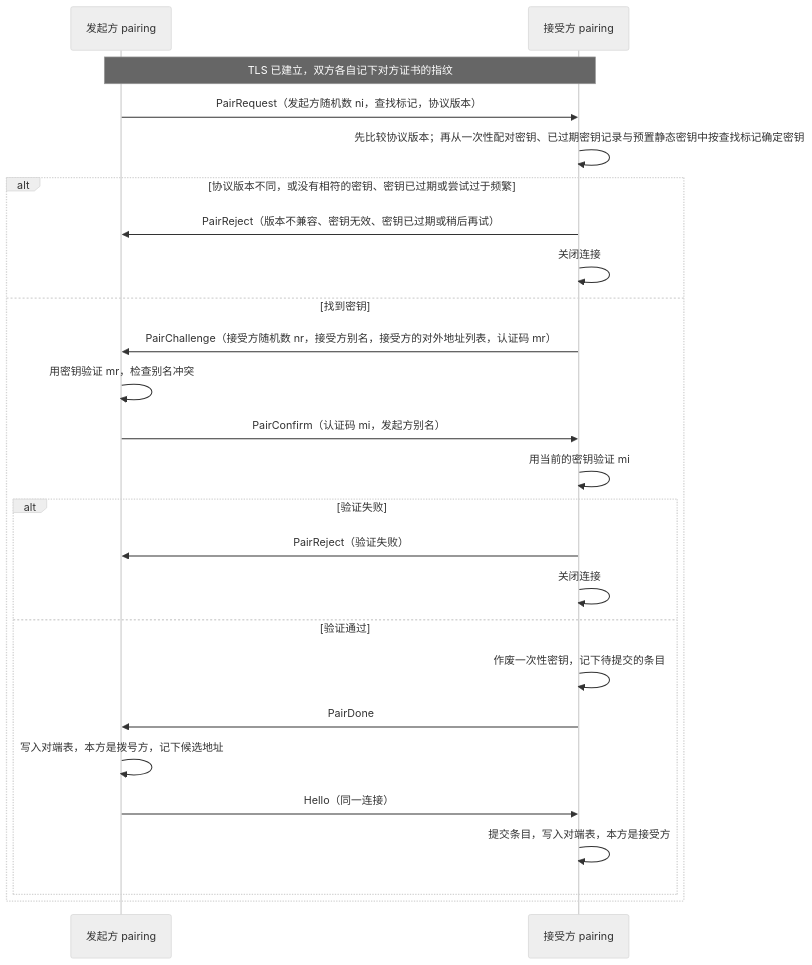
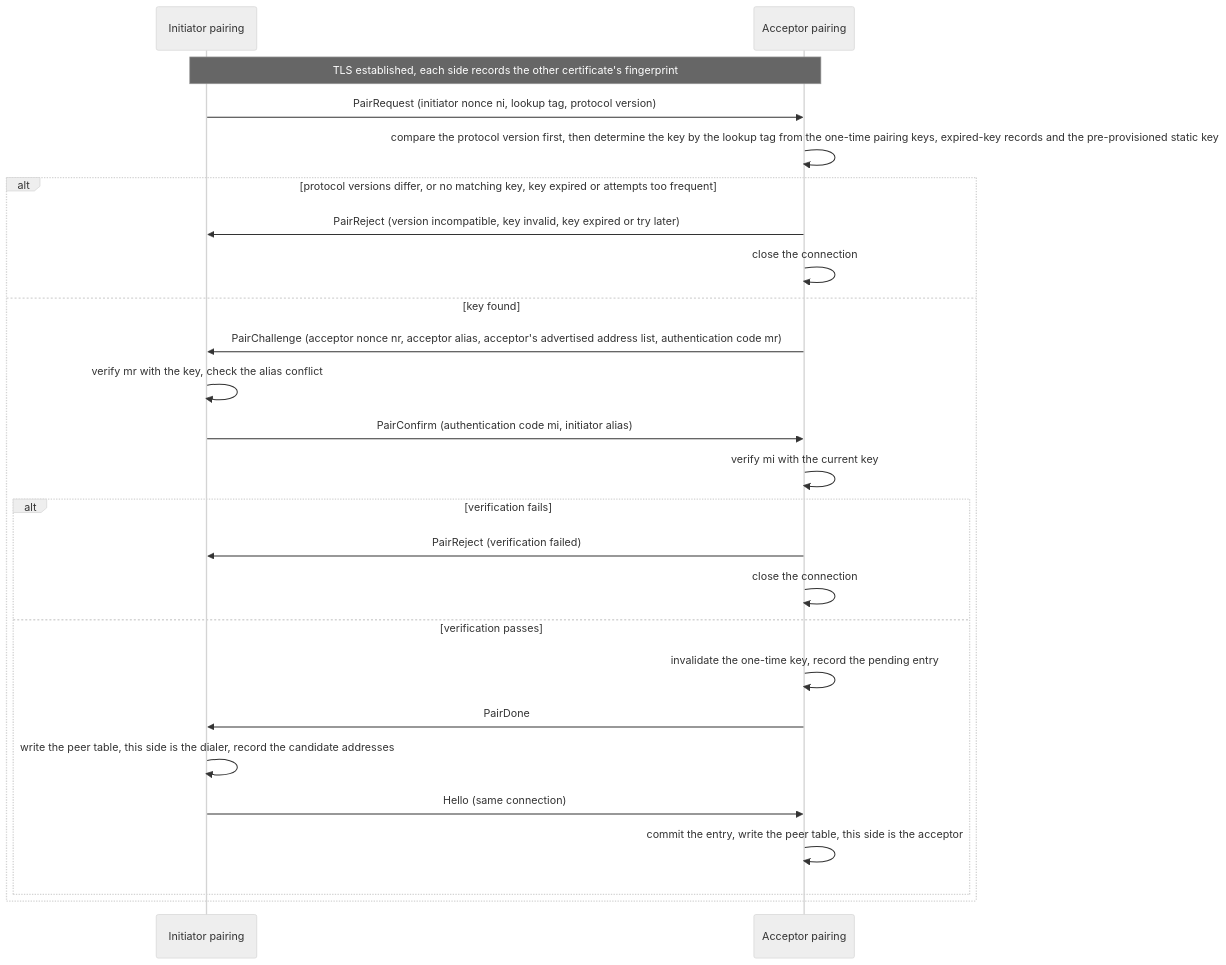
The diagram in docs/design/modules/design-pairing.md (wangzw/peers), drawn with Mermaid (neutral theme) before and after one commit. The commit also changed other lines of this file, not shown here.

Commit message:
docs(design): translate the pairing module design to English

````diff
--- a/docs/design/modules/design-pairing.md
+++ b/docs/design/modules/design-pairing.md
@@ -127,27 +127,27 @@
 ```mermaid
 sequenceDiagram
-    participant I as 发起方 pairing
-    participant R as 接受方 pairing
-    Note over I,R: TLS 已建立，双方各自记下对方证书的指纹
-    I->>R: PairRequest（发起方随机数 ni，查找标记，协议版本）
-    R->>R: 先比较协议版本；再从一次性配对密钥、已过期密钥记录与预置静态密钥中按查找标记确定密钥
-    alt 协议版本不同，或没有相符的密钥、密钥已过期或尝试过于频繁
-        R->>I: PairReject（版本不兼容、密钥无效、密钥已过期或稍后再试）
-        R->>R: 关闭连接
-    else 找到密钥
-        R->>I: PairChallenge（接受方随机数 nr，接受方别名，接受方的对外地址列表，认证码 mr）
-        I->>I: 用密钥验证 mr，检查别名冲突
-        I->>R: PairConfirm（认证码 mi，发起方别名）
-        R->>R: 用当前的密钥验证 mi
-        alt 验证失败
-            R->>I: PairReject（验证失败）
-            R->>R: 关闭连接
-        else 验证通过
-            R->>R: 作废一次性密钥，记下待提交的条目
+    participant I as Initiator pairing
+    participant R as Acceptor pairing
+    Note over I,R: TLS established, each side records the other certificate's fingerprint
+    I->>R: PairRequest (initiator nonce ni, lookup tag, protocol version)
+    R->>R: compare the protocol version first, then determine the key by the lookup tag from the one-time pairing keys, expired-key records and the pre-provisioned static key
+    alt protocol versions differ, or no matching key, key expired or attempts too frequent
+        R->>I: PairReject (version incompatible, key invalid, key expired or try later)
+        R->>R: close the connection
+    else key found
+        R->>I: PairChallenge (acceptor nonce nr, acceptor alias, acceptor's advertised address list, authentication code mr)
+        I->>I: verify mr with the key, check the alias conflict
+        I->>R: PairConfirm (authentication code mi, initiator alias)
+        R->>R: verify mi with the current key
+        alt verification fails
+            R->>I: PairReject (verification failed)
+            R->>R: close the connection
+        else verification passes
+            R->>R: invalidate the one-time key, record the pending entry
             R->>I: PairDone
-            I->>I: 写入对端表，本方是拨号方，记下候选地址
-            I->>R: Hello（同一连接）
-            R->>R: 提交条目，写入对端表，本方是接受方
+            I->>I: write the peer table, this side is the dialer, record the candidate addresses
+            I->>R: Hello (same connection)
+            R->>R: commit the entry, write the peer table, this side is the acceptor
         end
     end
 ```
````
